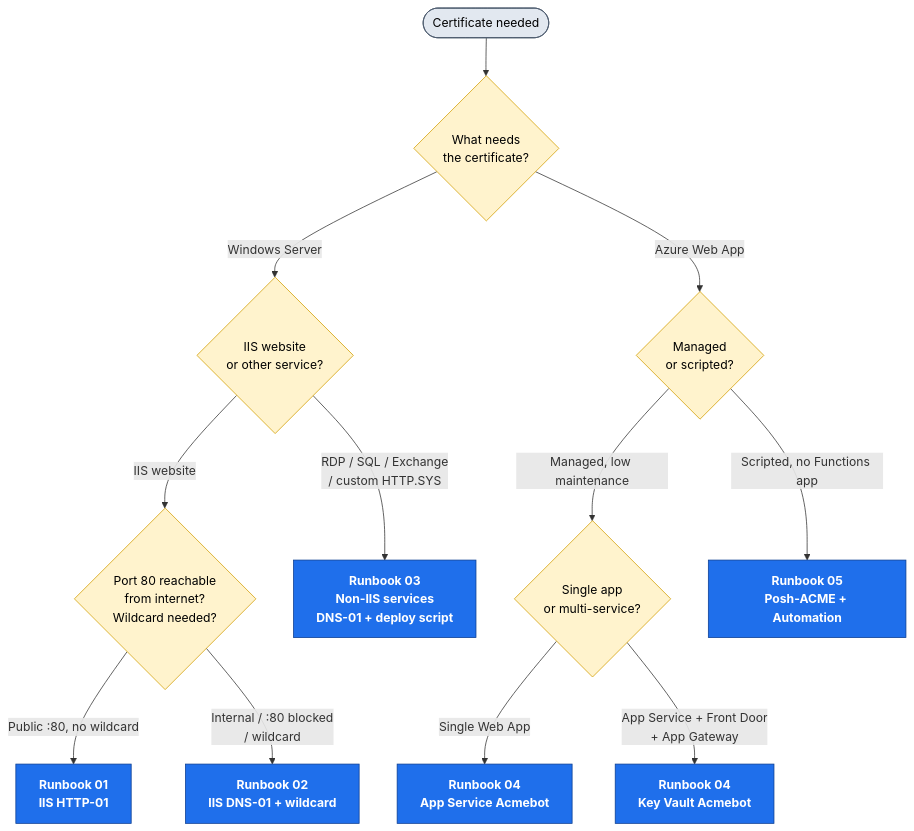
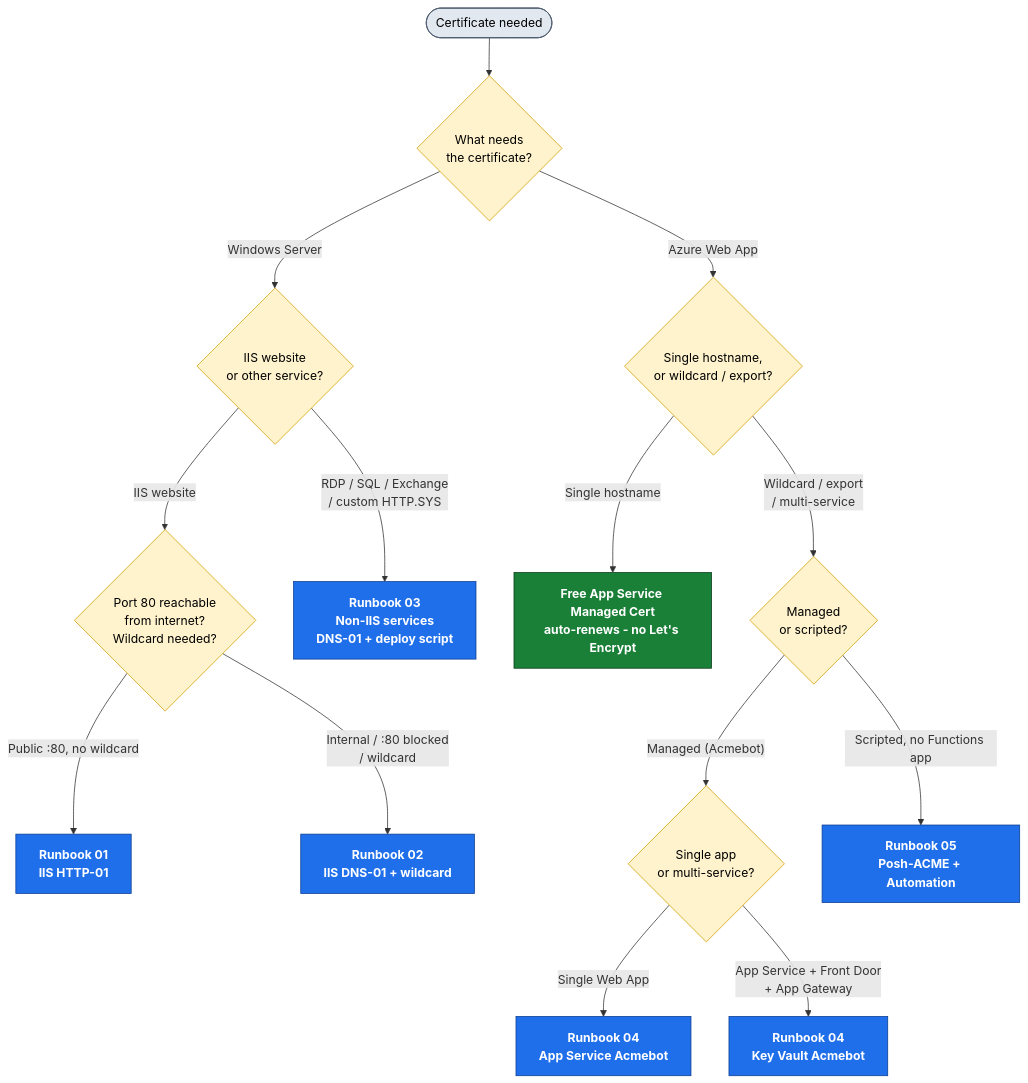
Before and after one commit to xphox2/Cert-Man-Windows: the diagram in README.md, drawn with Mermaid. The commit also changed other lines of this file and 6 other files, not shown here.

Commit message:
Make Azure guidance decision-first: free managed cert vs Let's Encrypt (v0.1.20)

````diff
--- a/README.md
+++ b/README.md
@@ -45,26 +45,29 @@
 ```mermaid
 flowchart TD
     Start([Certificate needed]) --> Q1{What needs<br/>the certificate?}
 
     Q1 -->|Windows Server| W{IIS website<br/>or other service?}
-    Q1 -->|Azure Web App| A{Managed<br/>or scripted?}
+    Q1 -->|Azure Web App| AZ{Single hostname,<br/>or wildcard / export?}
 
     W -->|IIS website| WP{Port 80 reachable<br/>from internet?<br/>Wildcard needed?}
     W -->|"RDP / SQL / Exchange<br/>/ custom HTTP.SYS"| R03["Runbook 03<br/>Non-IIS services<br/>DNS-01 + deploy script"]
 
     WP -->|"Public :80, no wildcard"| R01["Runbook 01<br/>IIS HTTP-01"]
     WP -->|"Internal / :80 blocked<br/>/ wildcard"| R02["Runbook 02<br/>IIS DNS-01 + wildcard"]
 
-    A -->|"Managed, low maintenance"| AB{Single app<br/>or multi-service?}
+    AZ -->|"Single hostname"| ASMC["Free App Service Managed Cert<br/>auto-renews - no Let's Encrypt"]
+    AZ -->|"Wildcard / export<br/>/ multi-service"| A{Managed<br/>or scripted?}
+    A -->|"Managed (Acmebot)"| AB{Single app<br/>or multi-service?}
     A -->|"Scripted, no Functions app"| R05["Runbook 05<br/>Posh-ACME + Automation"]
-
     AB -->|Single Web App| R04a["Runbook 04<br/>App Service Acmebot"]
     AB -->|"App Service + Front Door<br/>+ App Gateway"| R04b["Runbook 04<br/>Key Vault Acmebot"]
 
     classDef rb fill:#1f6feb,stroke:#0b3d91,color:#ffffff,font-weight:bold;
     classDef dec fill:#fff3cd,stroke:#d39e00,color:#000000;
     classDef ep fill:#e2e8f0,stroke:#475569,color:#000000;
+    classDef free fill:#1a7f37,stroke:#0b3d20,color:#ffffff,font-weight:bold;
     class R01,R02,R03,R04a,R04b,R05 rb;
-    class Q1,W,WP,A,AB dec;
+    class Q1,W,WP,AZ,A,AB dec;
     class Start ep;
+    class ASMC free;
 ```
````
